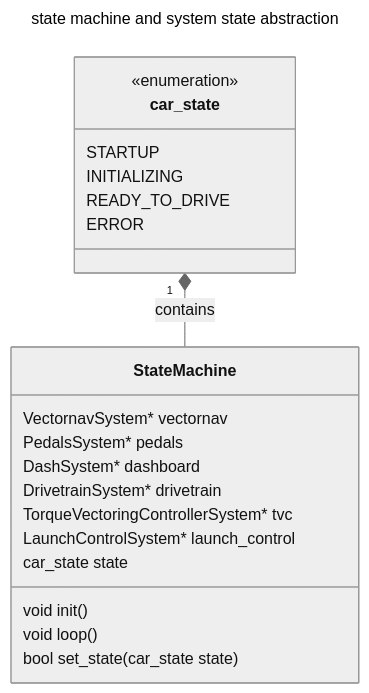
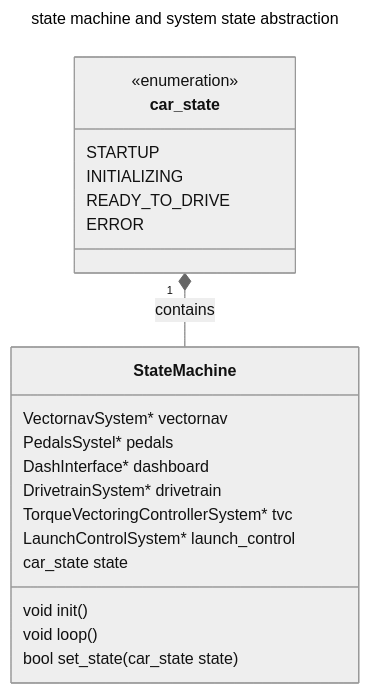
Before and after one commit to hytech-racing/MCU: the first of 4 diagrams in README.md, drawn with Mermaid (neutral theme). The commit also changed other lines of this file and 3 other files, not shown here.

````diff
--- a/README.md
+++ b/README.md
@@ -26,37 +70,37 @@
 ```mermaid
 ---
 title: state machine and system state abstraction
 ---
 classDiagram
 
     
     class car_state{
         <<enumeration>>
         STARTUP
         INITIALIZING 
         READY_TO_DRIVE
         ERROR
     }
     class StateMachine {
         
         
         VectornavSystem* vectornav
-        PedalsSystem* pedals
-        DashSystem* dashboard
+        PedalsSystel* pedals
+        DashInterface* dashboard
 
 
         DrivetrainSystem* drivetrain
 
         TorqueVectoringControllerSystem* tvc
         LaunchControlSystem* launch_control
 
         car_state state
         void init()
         void loop()
         bool set_state(car_state state)
     }
     
 
     car_state "1" *-- StateMachine : contains
 
 ```
````
